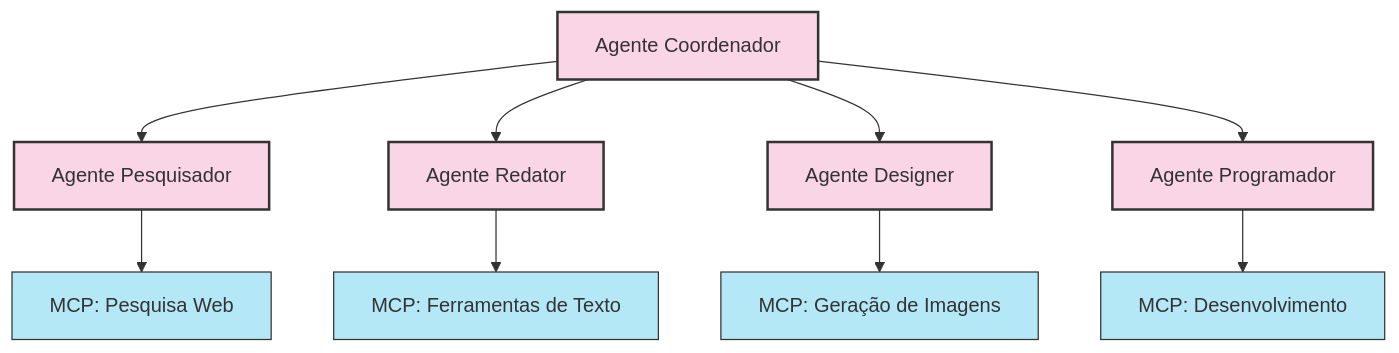
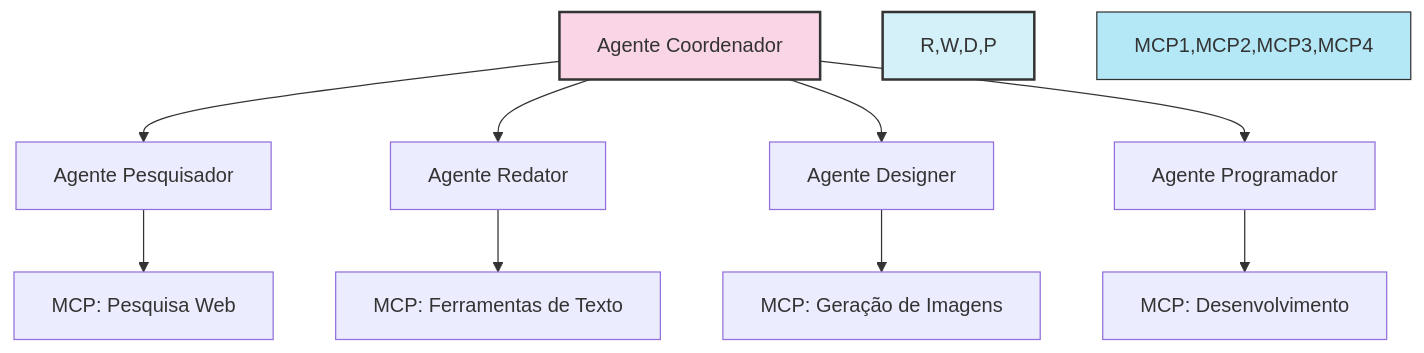
The seventh of 11 diagrams in AI/Communication/A2A/a2a - overview.md (felipepimentel/my-public-notes), drawn with Mermaid before and after one commit. The commit also changed other lines of this file, not shown here.

````diff
--- a/AI/Communication/A2A/a2a - overview.md
+++ b/AI/Communication/A2A/a2a - overview.md
@@ -313,29 +273,16 @@
 ```mermaid
-
 graph TD
-
-C[Agente Coordenador] --> R[Agente Pesquisador]
-
-C --> W[Agente Redator]
-
-C --> D[Agente Designer]
-
-C --> P[Agente Programador]
-
-R --> MCP1[MCP: Pesquisa Web]
-
-W --> MCP2[MCP: Ferramentas de Texto]
-
-D --> MCP3[MCP: Geração de Imagens]
-
-P --> MCP4[MCP: Desenvolvimento]
-
-classDef agent fill:#f9d5e5,stroke:#333,stroke-width:2px;
-
-classDef mcp fill:#b5e8f7,stroke:#333,stroke-width:1px;
-
-class C,R,W,D,P agent;
-
-class MCP1,MCP2,MCP3,MCP4 mcp;
-
+    C[Agente Coordenador] --> R[Agente Pesquisador]
+    C --> W[Agente Redator]
+    C --> D[Agente Designer]
+    C --> P[Agente Programador]
+    
+    R --> MCP1[MCP: Pesquisa Web]
+    W --> MCP2[MCP: Ferramentas de Texto]
+    D --> MCP3[MCP: Geração de Imagens]
+    P --> MCP4[MCP: Desenvolvimento]
+    
+    style C fill:#f9d5e5,stroke:#333,stroke-width:2px
+    style R,W,D,P fill:#d4f1f9,stroke:#333,stroke-width:2px
+    style MCP1,MCP2,MCP3,MCP4 fill:#b5e8f7,stroke:#333,stroke-width:1px
 ```
````
